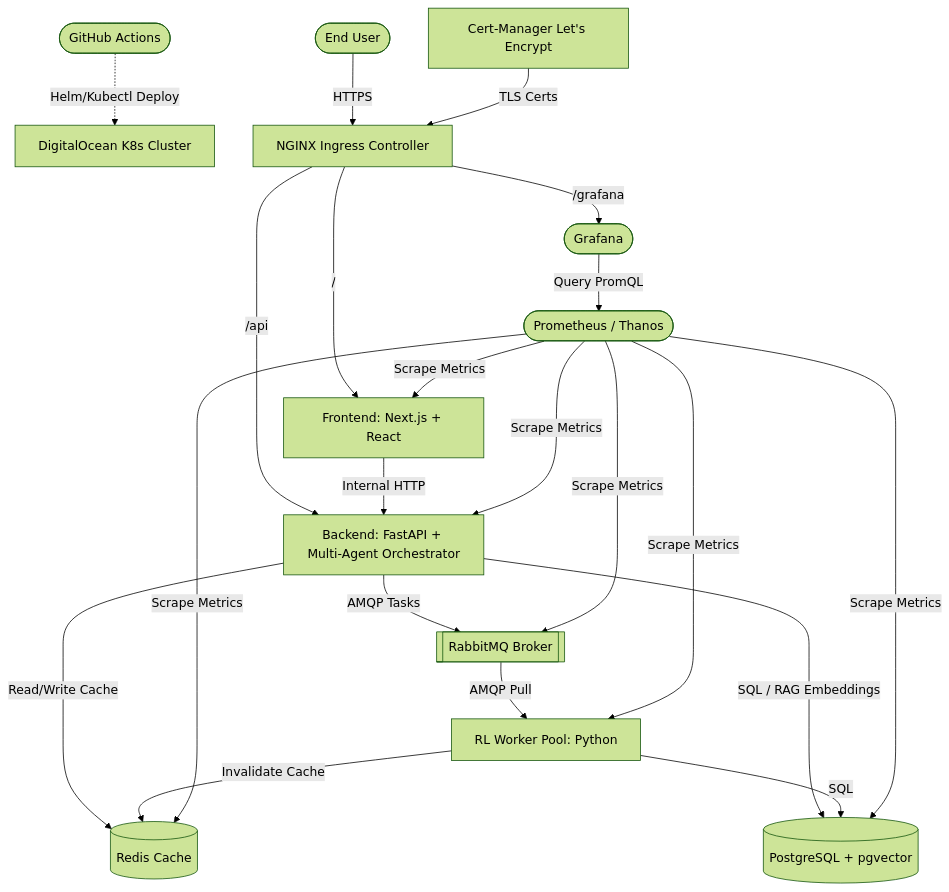
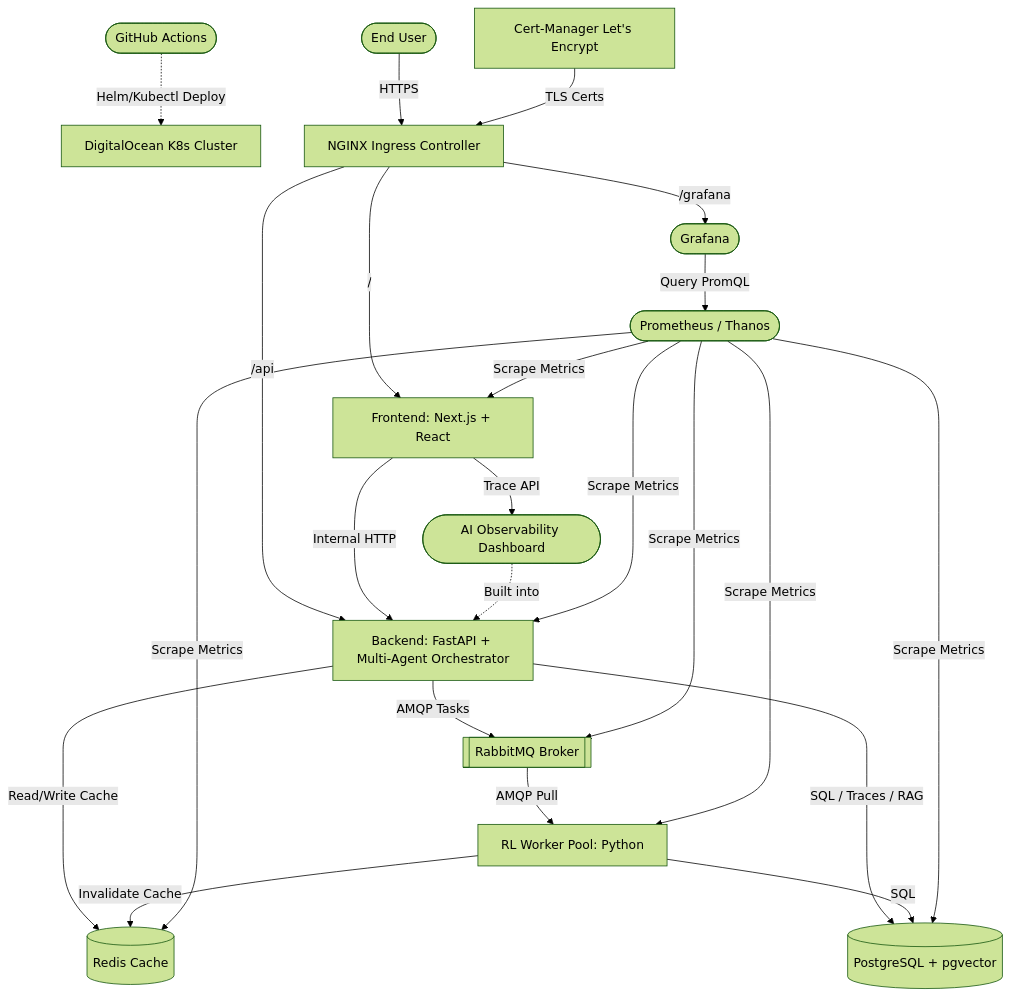
Before and after one commit to VNR-AIMLIOT-Projects/inventory-optimization: the diagram in docs/architecture.md, drawn with Mermaid (forest theme). The commit also changed other lines of this file, not shown here.

Commit message:
docs: add AI Observability to architecture diagram and details

````diff
--- a/docs/architecture.md
+++ b/docs/architecture.md
@@ -9,53 +9,57 @@
 ```mermaid
 graph TD
     %% External
     User([End User])
     GitHub([GitHub Actions])
     DO[DigitalOcean K8s Cluster]
     
     %% Ingress & Security
     Ingress[NGINX Ingress Controller]
     Cert[Cert-Manager Let's Encrypt]
 
     %% Microservices
     Frontend[Frontend: Next.js + React]
     Backend[Backend: FastAPI + Multi-Agent Orchestrator]
     RLWorker[RL Worker Pool: Python]
 
     %% Infrastructure
     PostgreSQL[(PostgreSQL + pgvector)]
     RabbitMQ[[RabbitMQ Broker]]
     Redis[(Redis Cache)]
     
     %% Observability
     Prometheus([Prometheus / Thanos])
     Grafana([Grafana])
+    AIObs([AI Observability Dashboard])
     
     %% Flows
     User -->|HTTPS| Ingress
     Cert -->|TLS Certs| Ingress
     Ingress -->|/| Frontend
     Ingress -->|/api| Backend
     Ingress -->|/grafana| Grafana
     
     Frontend -->|Internal HTTP| Backend
+    Frontend -->|Trace API| AIObs
+    AIObs -.->|Built into| Backend
+    
     Backend -->|AMQP Tasks| RabbitMQ
     RabbitMQ -->|AMQP Pull| RLWorker
     
     Backend -->|Read/Write Cache| Redis
     RLWorker -->|Invalidate Cache| Redis
     
-    Backend -->|SQL / RAG Embeddings| PostgreSQL
+    Backend -->|SQL / Traces / RAG| PostgreSQL
     RLWorker -->|SQL| PostgreSQL
 
     Prometheus -->|Scrape Metrics| Frontend
     Prometheus -->|Scrape Metrics| Backend
     Prometheus -->|Scrape Metrics| RLWorker
     Prometheus -->|Scrape Metrics| PostgreSQL
     Prometheus -->|Scrape Metrics| RabbitMQ
     Prometheus -->|Scrape Metrics| Redis
     
     Grafana -->|Query PromQL| Prometheus
 
     GitHub -.->|Helm/Kubectl Deploy| DO
 ```
````
